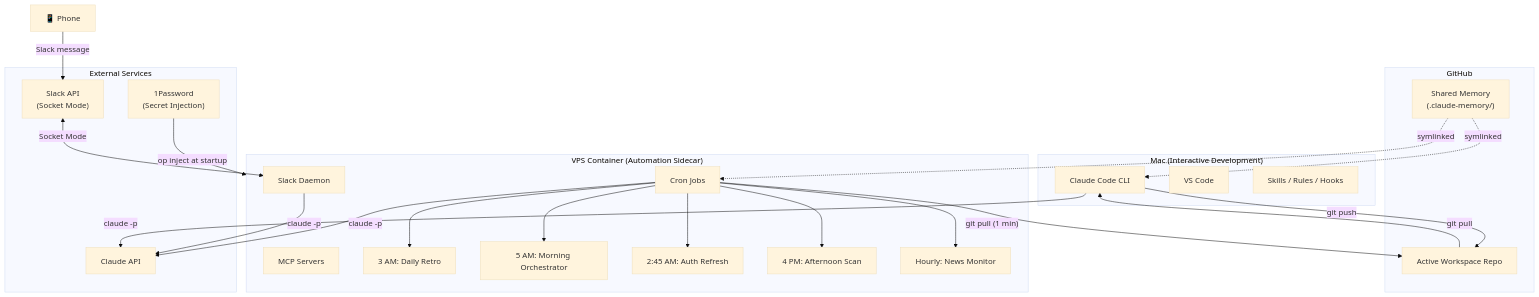
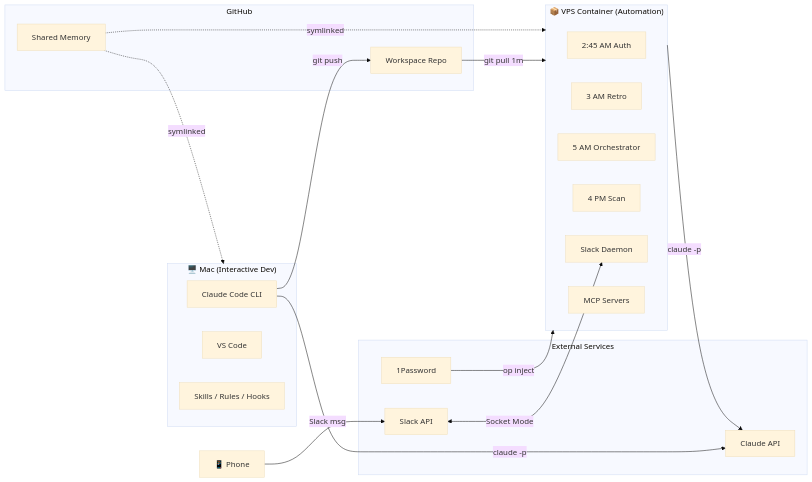
Before and after one commit to jonathanmalkin/jules: the diagram in README.md, drawn with Mermaid (base theme).

Commit message:
docs: refine Mermaid diagram, remove draft PNGs

````diff
--- a/README.md
+++ b/README.md
@@ -29,46 +29,40 @@
 ```mermaid
-graph TB
-    subgraph Mac["Mac (Interactive Development)"]
+graph LR
+    subgraph Mac["🖥️ Mac (Interactive Dev)"]
         CLI["Claude Code CLI"]
-        VSCode["VS Code"]
-        Skills["Skills / Rules / Hooks"]
+        VS["VS Code"]
+        Config["Skills / Rules / Hooks"]
     end
 
-    subgraph VPS["VPS Container (Automation Sidecar)"]
-        Cron["Cron Jobs"]
-        Slack["Slack Daemon"]
-        MCP["MCP Servers"]
-
-        Cron --> Retro["3 AM: Daily Retro"]
-        Cron --> Morning["5 AM: Morning Orchestrator"]
-        Cron --> Auth["2:45 AM: Auth Refresh"]
-        Cron --> Afternoon["4 PM: Afternoon Scan"]
-        Cron --> News["Hourly: News Monitor"]
+    subgraph GH["GitHub"]
+        Repo["Workspace Repo"]
+        Mem["Shared Memory"]
     end
 
-    subgraph GitHub["GitHub"]
-        Repo["Active Workspace Repo"]
-        Memory["Shared Memory<br/>(.claude-memory/)"]
+    subgraph Container["📦 VPS Container (Automation)"]
+        Auth["2:45 AM Auth"]
+        Retro["3 AM Retro"]
+        Orch["5 AM Orchestrator"]
+        Scan["4 PM Scan"]
+        SlackD["Slack Daemon"]
+        MCPs["MCP Servers"]
     end
 
-    subgraph Services["External Services"]
-        OP["1Password<br/>(Secret Injection)"]
-        SlackAPI["Slack API<br/>(Socket Mode)"]
+    subgraph Ext["External Services"]
+        OP["1Password"]
+        SlackAPI["Slack API"]
         Claude["Claude API"]
     end
 
-    CLI -->|"git push"| Repo
-    Cron -->|"git pull (1 min)"| Repo
-    Repo -->|"git pull"| CLI
+    Phone["📱 Phone"]
 
-    Memory -.->|"symlinked"| CLI
-    Memory -.->|"symlinked"| Cron
-
-    OP -->|"op inject at startup"| VPS
-    SlackAPI <-->|"Socket Mode"| Slack
-    CLI -->|"claude -p"| Claude
-    Cron -->|"claude -p"| Claude
-    Slack -->|"claude -p"| Claude
-
-    Phone["📱 Phone"] -->|"Slack message"| SlackAPI
+    CLI -- git push --> Repo
+    Repo -- git pull 1m --> Container
+    Mem -. symlinked .-> Mac
+    Mem -. symlinked .-> Container
+    OP -- op inject --> Container
+    SlackAPI <-- Socket Mode --> SlackD
+    CLI -- claude -p --> Claude
+    Container -- claude -p --> Claude
+    Phone -- Slack msg --> SlackAPI
 ```
````
